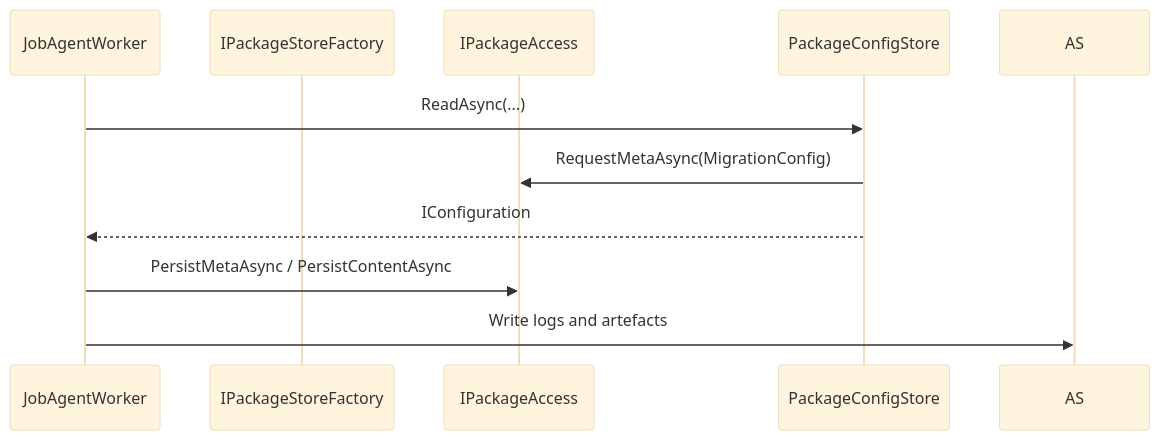
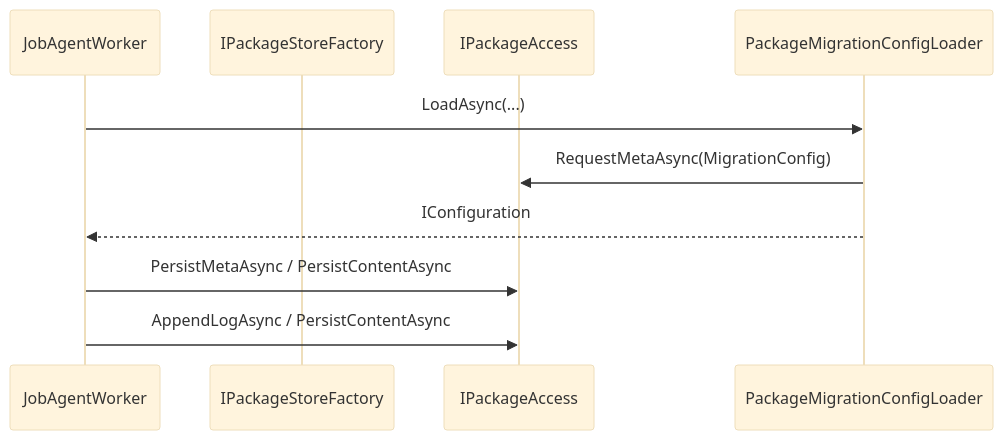
Before and after one commit to nkdAgility/azure-devops-migration-platform: the diagram in .agents/context/architecture/agent-package-persistence.md, drawn with Mermaid (base theme). The commit also changed other lines of this file and 2 other files, not shown here.

Commit message:
refactor: replace PackageConfigStore with PackageMigrationConfigLoader in architecture documentation

````diff
--- a/.agents/context/architecture/agent-package-persistence.md
+++ b/.agents/context/architecture/agent-package-persistence.md
@@ -30,13 +30,13 @@
 ```mermaid
 sequenceDiagram
   participant JW as JobAgentWorker
   participant PF as IPackageStoreFactory
   participant PA as IPackageAccess
-  participant PCS as PackageConfigStore
+  participant PCM as PackageMigrationConfigLoader
 
-  JW->>PCS: ReadAsync(...)
-  PCS->>PA: RequestMetaAsync(MigrationConfig)
-  PCS-->>JW: IConfiguration
+  JW->>PCM: LoadAsync(...)
+  PCM->>PA: RequestMetaAsync(MigrationConfig)
+  PCM-->>JW: IConfiguration
   JW->>PA: PersistMetaAsync / PersistContentAsync
-  JW->>AS: Write logs and artefacts
+  JW->>PA: AppendLogAsync / PersistContentAsync
 ```
````
